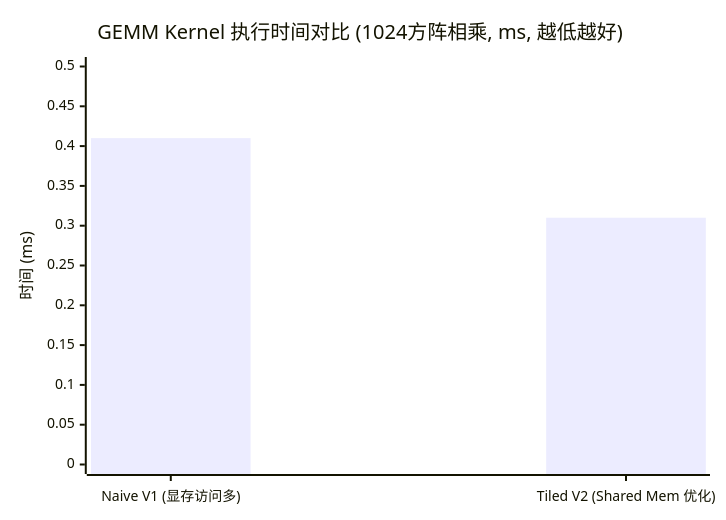
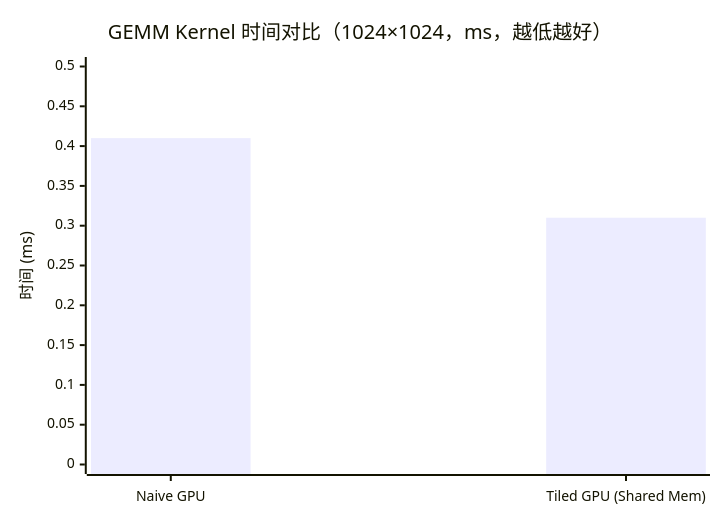
The second of 2 diagrams in 01_Basics/README.md (psmarter/CUDA-Practice), drawn with Mermaid before and after one commit. The commit also changed other lines of this file and 14 other files, not shown here.

`````diff
--- a/01_Basics/README.md
+++ b/01_Basics/README.md
@@ -149,7 +139,7 @@
-````mermaid
+```mermaid
 xychart-beta
-  title "GEMM Kernel 执行时间对比 (1024方阵相乘, ms, 越低越好)"
-  x-axis ["Naive V1 (显存访问多)", "Tiled V2 (Shared Mem 优化)"]
+  title "GEMM Kernel 时间对比（1024×1024，ms，越低越好）"
+  x-axis ["Naive GPU", "Tiled GPU (Shared Mem)"]
   y-axis "时间 (ms)" 0 --> 0.5
   bar [0.41, 0.31]
-````
+```
`````
